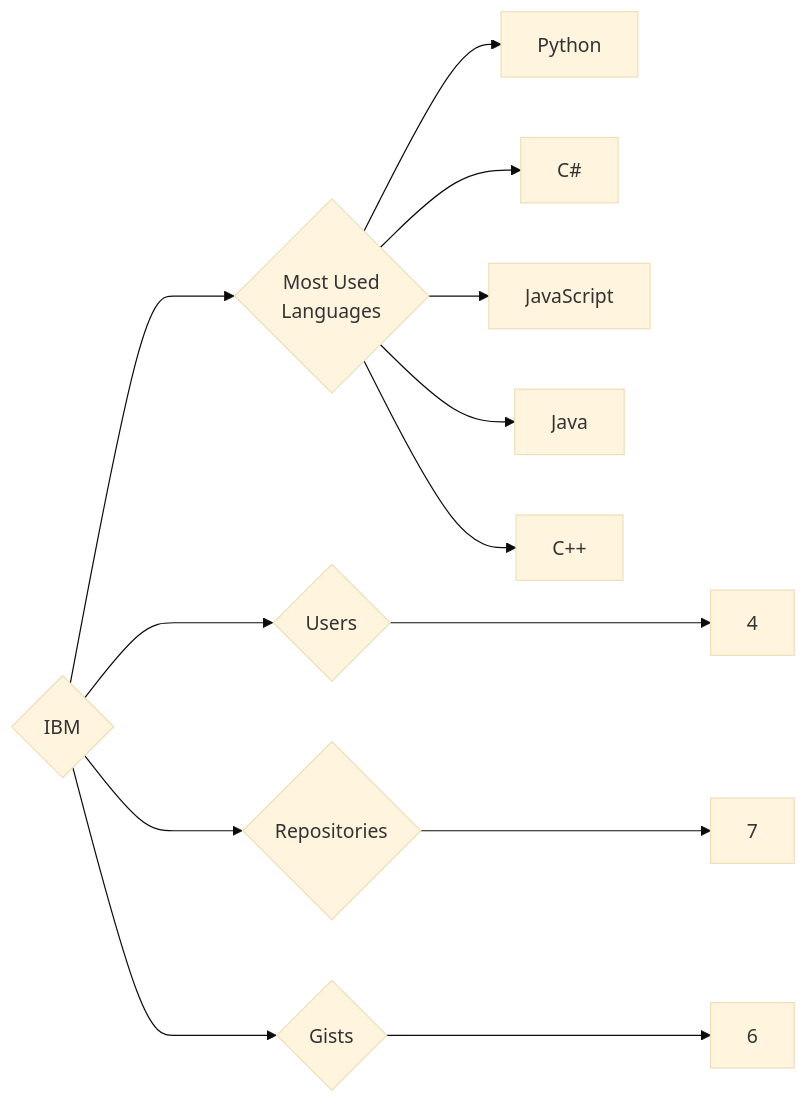
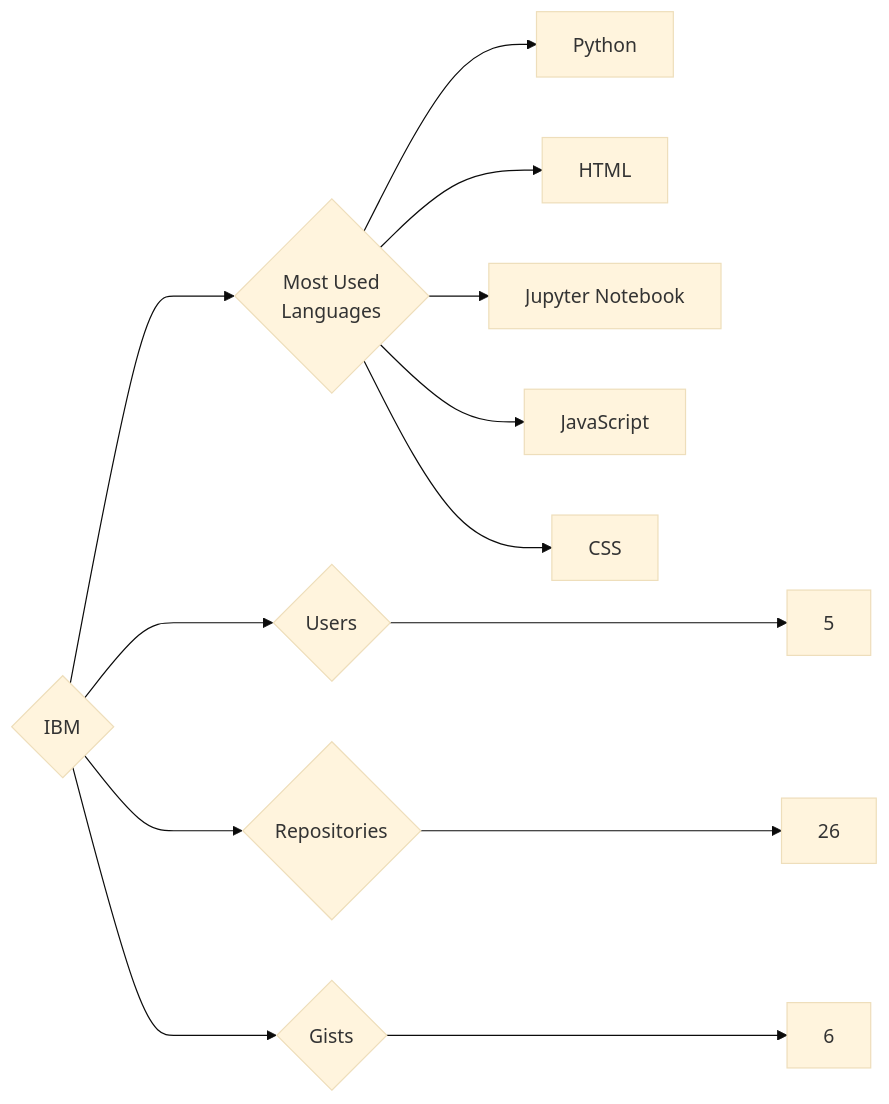
One commit to trickest/insiders changed the diagram in targets/IBM/README.md. Above: the diagram before and after it, drawn with Mermaid (base theme). The commit also changed 840 other files, not shown here.

````diff
--- a/targets/IBM/README.md
+++ b/targets/IBM/README.md
@@ -3,13 +3,13 @@
 ```mermaid
 graph LR
 COMPANY_NAME{IBM}
-COMPANY_NAME ---> U{Users} ---> UN[4]
-COMPANY_NAME ---> R{Repositories} ---> RN[7]
+COMPANY_NAME ---> U{Users} ---> UN[5]
+COMPANY_NAME ---> R{Repositories} ---> RN[26]
 COMPANY_NAME ---> G{Gists} ---> GN[6]
 COMPANY_NAME ---> ML{Most Used<br>Languages}
 ML --> Python[Python]
-ML --> C#[C#]
+ML --> HTML[HTML]
+ML --> Jupyter_Notebook[Jupyter Notebook]
 ML --> JavaScript[JavaScript]
-ML --> Java[Java]
-ML --> C++[C++]
+ML --> CSS[CSS]
 ```
````
